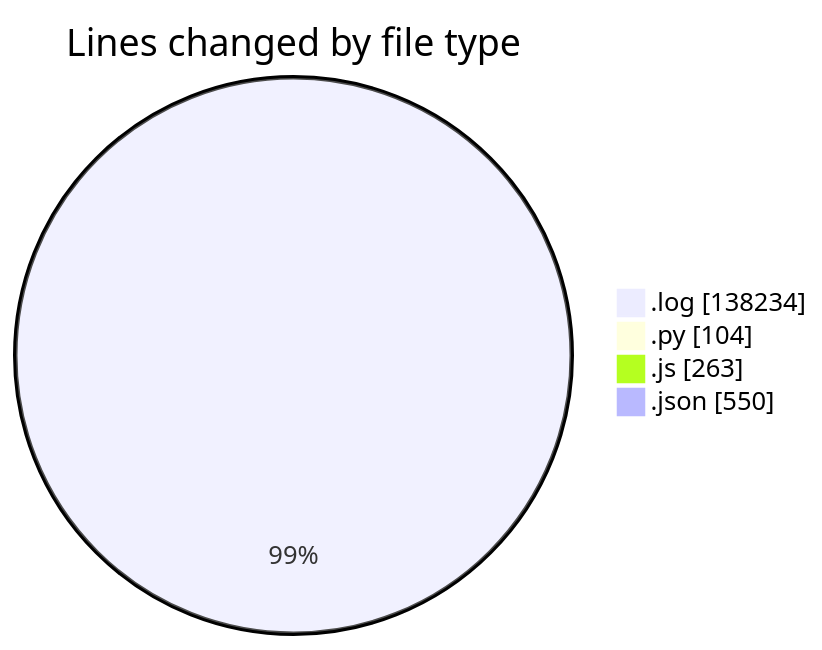
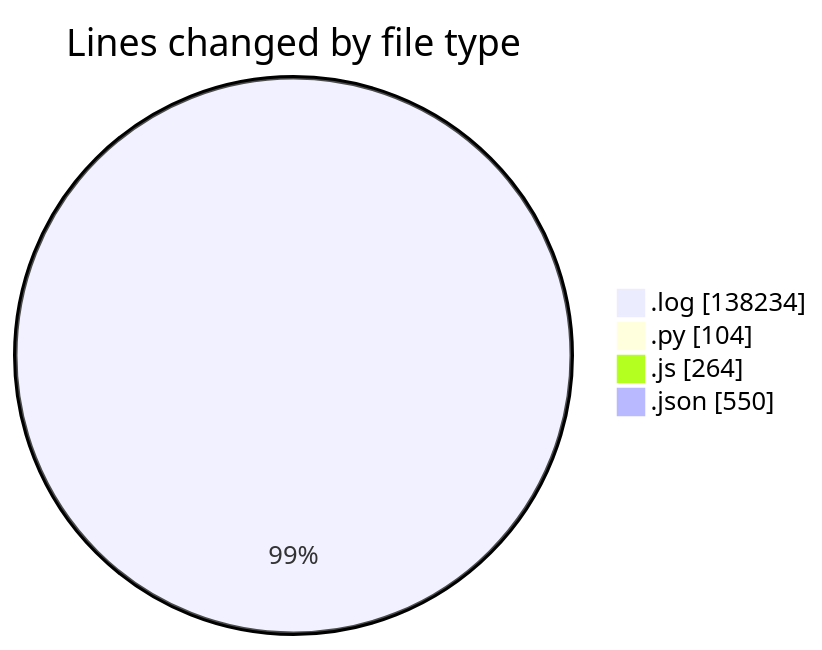
The first of 2 diagrams in 2025-04-10/nxtqube_webapp/README.md (nxtqubesakshisongat/code-tracking), drawn with Mermaid before and after one commit. The commit also changed other lines of this file and 1 other file, not shown here.

````diff
--- a/2025-04-10/nxtqube_webapp/README.md
+++ b/2025-04-10/nxtqube_webapp/README.md
@@ -23,8 +23,8 @@
 ```mermaid
 pie showData
 title Lines changed by file type
 ".log" : 138234
 ".py" : 104
-".js" : 263
+".js" : 264
 ".json" : 550
 ```
````
